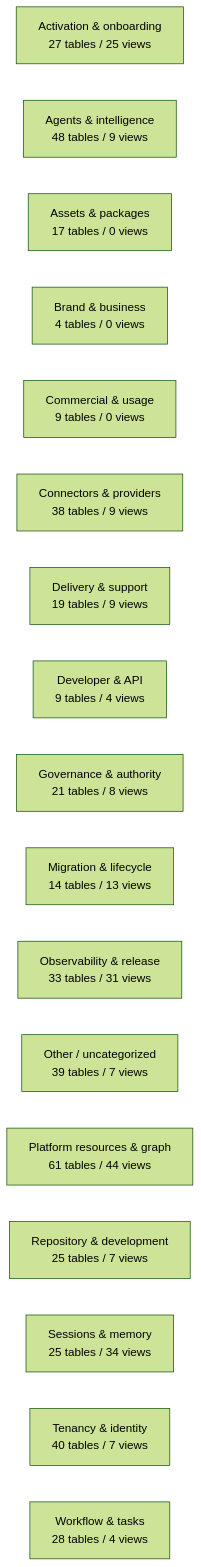
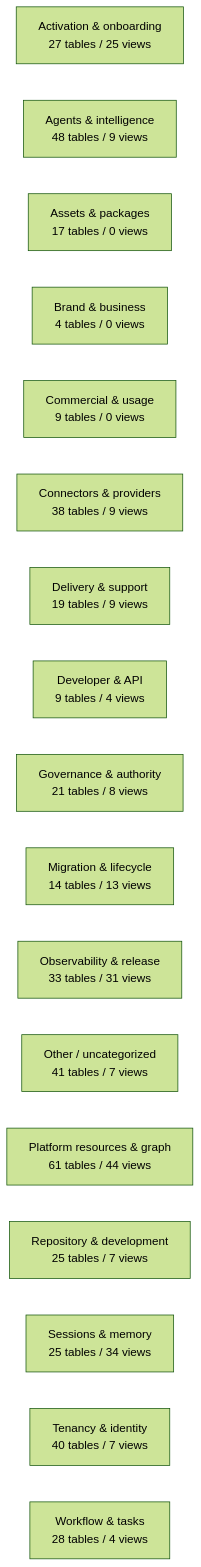
Before and after one commit to mad4bdigital-ai/multi-business-multi-role-growth-intelligence-os: the diagram in docs/work-maps/data-model-domain-map.md, drawn with Mermaid (forest theme). The commit also changed other lines of this file and 3 other files, not shown here.

````diff
--- a/docs/work-maps/data-model-domain-map.md
+++ b/docs/work-maps/data-model-domain-map.md
@@ -9,20 +9,20 @@
 ```mermaid
 flowchart LR
   n_Activation___onboarding["Activation & onboarding<br/>27 tables / 25 views"]
   n_Agents___intelligence["Agents & intelligence<br/>48 tables / 9 views"]
   n_Assets___packages["Assets & packages<br/>17 tables / 0 views"]
   n_Brand___business["Brand & business<br/>4 tables / 0 views"]
   n_Commercial___usage["Commercial & usage<br/>9 tables / 0 views"]
   n_Connectors___providers["Connectors & providers<br/>38 tables / 9 views"]
   n_Delivery___support["Delivery & support<br/>19 tables / 9 views"]
   n_Developer___API["Developer & API<br/>9 tables / 4 views"]
   n_Governance___authority["Governance & authority<br/>21 tables / 8 views"]
   n_Migration___lifecycle["Migration & lifecycle<br/>14 tables / 13 views"]
   n_Observability___release["Observability & release<br/>33 tables / 31 views"]
-  n_Other___uncategorized["Other / uncategorized<br/>39 tables / 7 views"]
+  n_Other___uncategorized["Other / uncategorized<br/>41 tables / 7 views"]
   n_Platform_resources___graph["Platform resources & graph<br/>61 tables / 44 views"]
   n_Repository___development["Repository & development<br/>25 tables / 7 views"]
   n_Sessions___memory["Sessions & memory<br/>25 tables / 34 views"]
   n_Tenancy___identity["Tenancy & identity<br/>40 tables / 7 views"]
   n_Workflow___tasks["Workflow & tasks<br/>28 tables / 4 views"]
 ```
````
